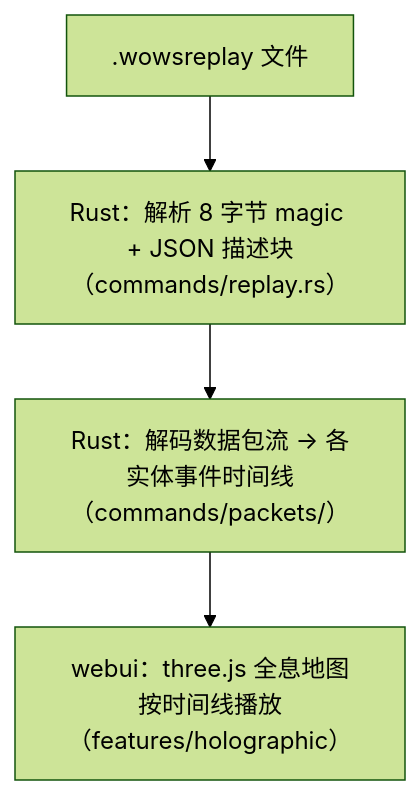
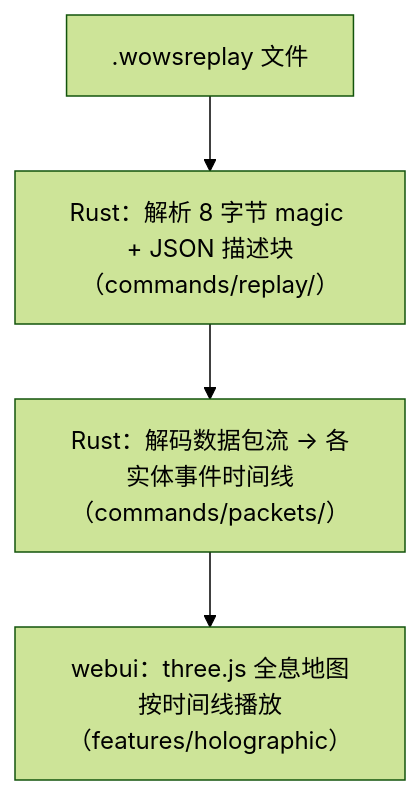
One commit to Carinoasd/wowsp changed the first of 2 diagrams in docs/zh-CN/guides/architecture.md. Above: the diagram before and after it, drawn with Mermaid (forest theme). The commit also changed other lines of this file and 40 other files, not shown here.

````diff
--- a/docs/zh-CN/guides/architecture.md
+++ b/docs/zh-CN/guides/architecture.md
@@ -13,6 +13,6 @@
 ```mermaid
 flowchart TD
-    A[".wowsreplay 文件"] --> B["Rust：解析 8 字节 magic + JSON 描述块（commands/replay.rs）"]
+    A[".wowsreplay 文件"] --> B["Rust：解析 8 字节 magic + JSON 描述块（commands/replay/）"]
     B --> C["Rust：解码数据包流 → 各实体事件时间线（commands/packets/）"]
     C --> D["webui：three.js 全息地图按时间线播放（features/holographic）"]
 ```
````
